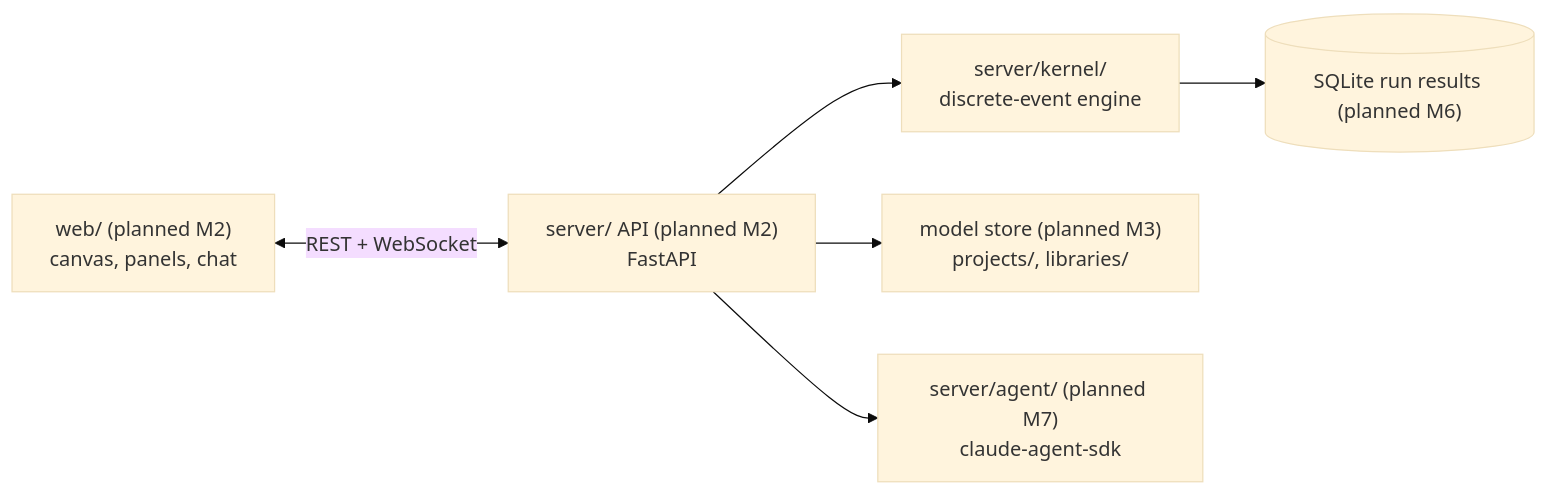
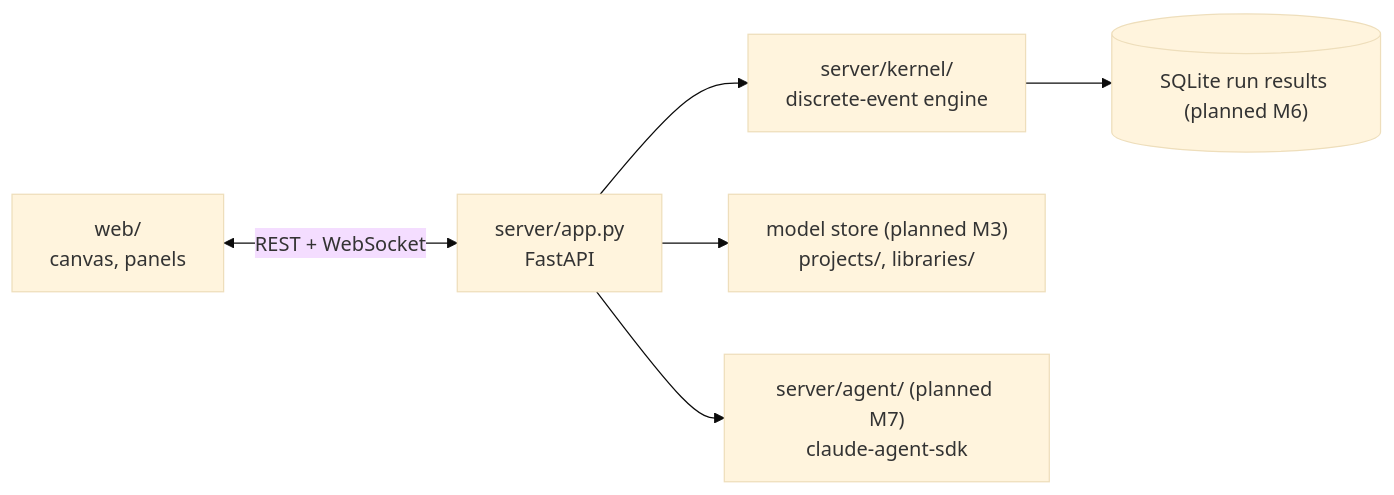
The diagram in cards/architecture.md (epatel/sim-bench), drawn with Mermaid (base theme) before and after one commit. The commit also changed other lines of this file and 24 other files, not shown here.

First line of the commit message:
Add M2: FastAPI server, live-run WebSocket and canvas editor

````diff
--- a/cards/architecture.md
+++ b/cards/architecture.md
@@ -7,8 +7,8 @@
 ```mermaid
 flowchart LR
-  Web["web/ (planned M2)<br/>canvas, panels, chat"] <-- REST + WebSocket --> API["server/ API (planned M2)<br/>FastAPI"]
+  Web["web/<br/>canvas, panels"] <-- REST + WebSocket --> API["server/app.py<br/>FastAPI"]
   API --> Kernel["server/kernel/<br/>discrete-event engine"]
   API --> Store["model store (planned M3)<br/>projects/, libraries/"]
   API --> Agent["server/agent/ (planned M7)<br/>claude-agent-sdk"]
   Kernel --> DB[("SQLite run results (planned M6)")]
 ```
````
